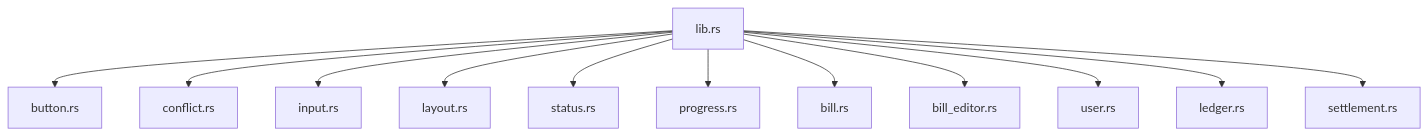
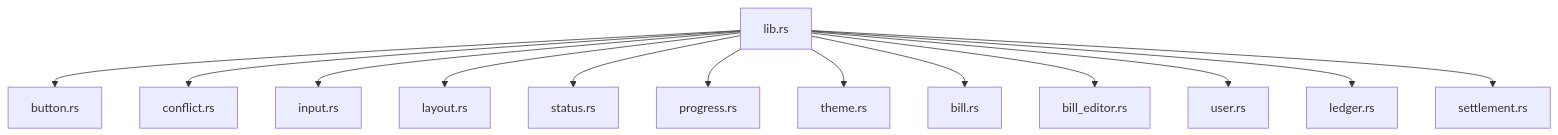
One commit to unbill-project/unbill changed the diagram in unbill-docs/ui-components.md. Above: the diagram before and after it, drawn with Mermaid. The commit also changed other lines of this file, not shown here.

````diff
--- a/unbill-docs/ui-components.md
+++ b/unbill-docs/ui-components.md
@@ -40,27 +41,29 @@
 ```mermaid
 flowchart TB
     Lib["lib.rs"]
     Button["button.rs"]
     Conflict["conflict.rs"]
     Input["input.rs"]
     Layout["layout.rs"]
     Status["status.rs"]
     Progress["progress.rs"]
+    Theme["theme.rs"]
     Bill["bill.rs"]
     BillEditor["bill_editor.rs"]
     User["user.rs"]
     Ledger["ledger.rs"]
     Settlement["settlement.rs"]
 
     Lib --> Button
     Lib --> Conflict
     Lib --> Input
     Lib --> Layout
     Lib --> Status
     Lib --> Progress
+    Lib --> Theme
     Lib --> Bill
     Lib --> BillEditor
     Lib --> User
     Lib --> Ledger
     Lib --> Settlement
 ```
````
